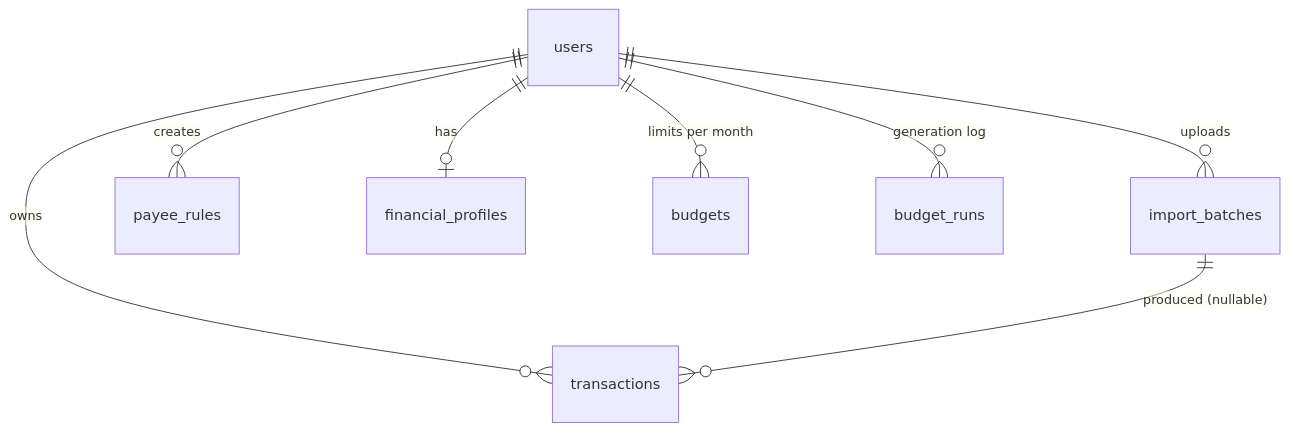
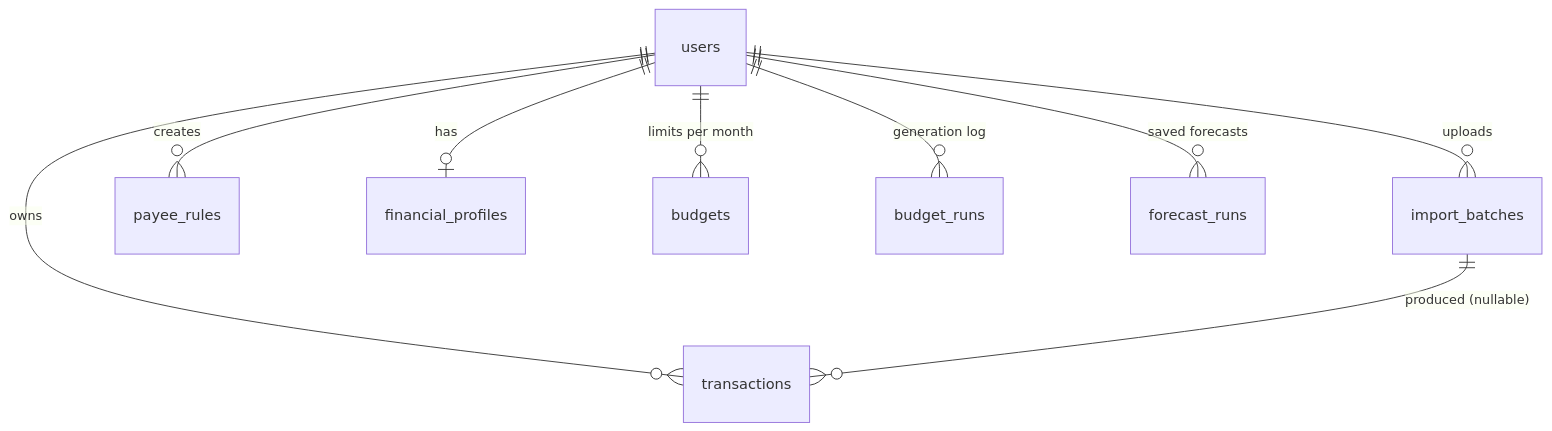
One commit to Vishesh-1204/CAPSTONE_FINANCE_ADVISOR changed the diagram in docs/database.md. Above: the diagram before and after it, drawn with Mermaid. The commit also changed other lines of this file and 9 other files, not shown here.

Commit message:
Phase 5 F7: forecast module and evaluation docs, API/database/testing/architecture updates, CLAUDE.md status

````diff
--- a/docs/database.md
+++ b/docs/database.md
@@ -31,10 +32,11 @@
 ```mermaid
 erDiagram
     users ||--o{ transactions : owns
     users ||--o{ import_batches : uploads
     users ||--o{ payee_rules : creates
     import_batches ||--o{ transactions : "produced (nullable)"
     users ||--o| financial_profiles : has
     users ||--o{ budgets : "limits per month"
     users ||--o{ budget_runs : "generation log"
+    users ||--o{ forecast_runs : "saved forecasts"
 ```
````
